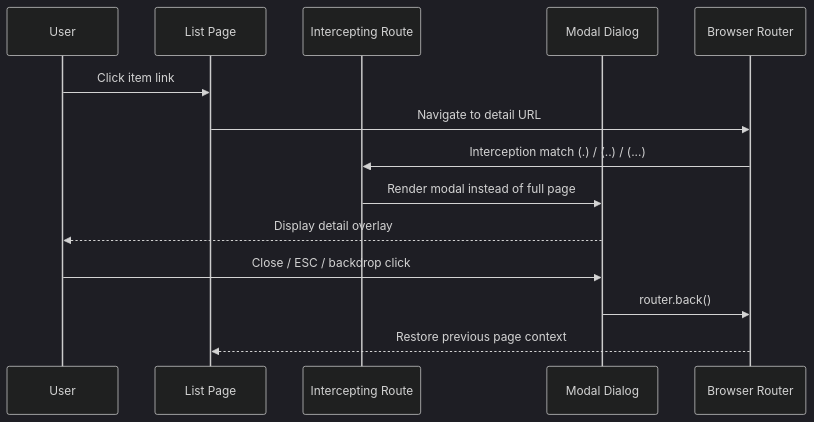
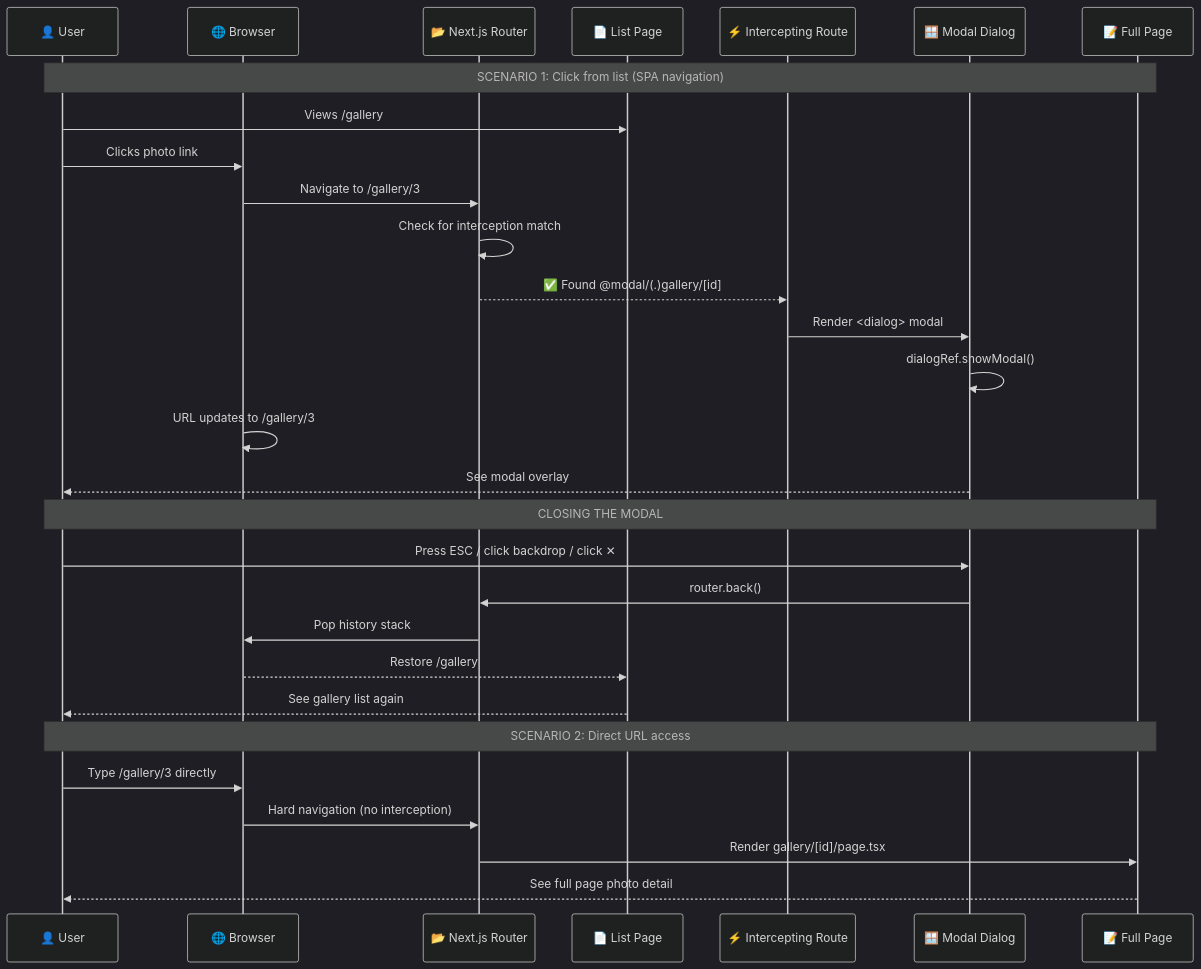
One commit to pentoshi007/next-js-code changed the eighth of 13 diagrams in 12-routing-miniproject/mini-project/README.md. Above: the diagram before and after it, drawn with Mermaid. The commit also changed other lines of this file and 69 other files, not shown here.

Commit message:
feat: Add a new product detail page and configure PostCSS with updated dependencies.

````diff
--- a/12-routing-miniproject/mini-project/README.md
+++ b/12-routing-miniproject/mini-project/README.md
@@ -402,18 +1097,35 @@
 ```mermaid
 %%{init: {'theme': 'dark'}}%%
 sequenceDiagram
-  participant U as User
-  participant L as List Page
-  participant I as Intercepting Route
-  participant M as Modal Dialog
-  participant R as Browser Router
+    participant U as 👤 User
+    participant B as 🌐 Browser
+    participant NR as 📂 Next.js Router
+    participant LP as 📄 List Page
+    participant IR as ⚡ Intercepting Route
+    participant M as 🪟 Modal Dialog
+    participant FP as 📝 Full Page
 
-  U->>L: Click item link
-  L->>R: Navigate to detail URL
-  R->>I: Interception match (.) / (..) / (...)
-  I->>M: Render modal instead of full page
-  M-->>U: Display detail overlay
-  U->>M: Close / ESC / backdrop click
-  M->>R: router.back()
-  R-->>L: Restore previous page context
+    Note over U,FP: SCENARIO 1: Click from list (SPA navigation)
+    U->>LP: Views /gallery
+    U->>B: Clicks photo link
+    B->>NR: Navigate to /gallery/3
+    NR->>NR: Check for interception match
+    NR-->>IR: ✅ Found @modal/(.)gallery/[id]
+    IR->>M: Render <dialog> modal
+    M->>M: dialogRef.showModal()
+    B->>B: URL updates to /gallery/3
+    M-->>U: See modal overlay
+
+    Note over U,FP: CLOSING THE MODAL
+    U->>M: Press ESC / click backdrop / click ✕
+    M->>NR: router.back()
+    NR->>B: Pop history stack
+    B-->>LP: Restore /gallery
+    LP-->>U: See gallery list again
+
+    Note over U,FP: SCENARIO 2: Direct URL access
+    U->>B: Type /gallery/3 directly
+    B->>NR: Hard navigation (no interception)
+    NR->>FP: Render gallery/[id]/page.tsx
+    FP-->>U: See full page photo detail
 ```
````
